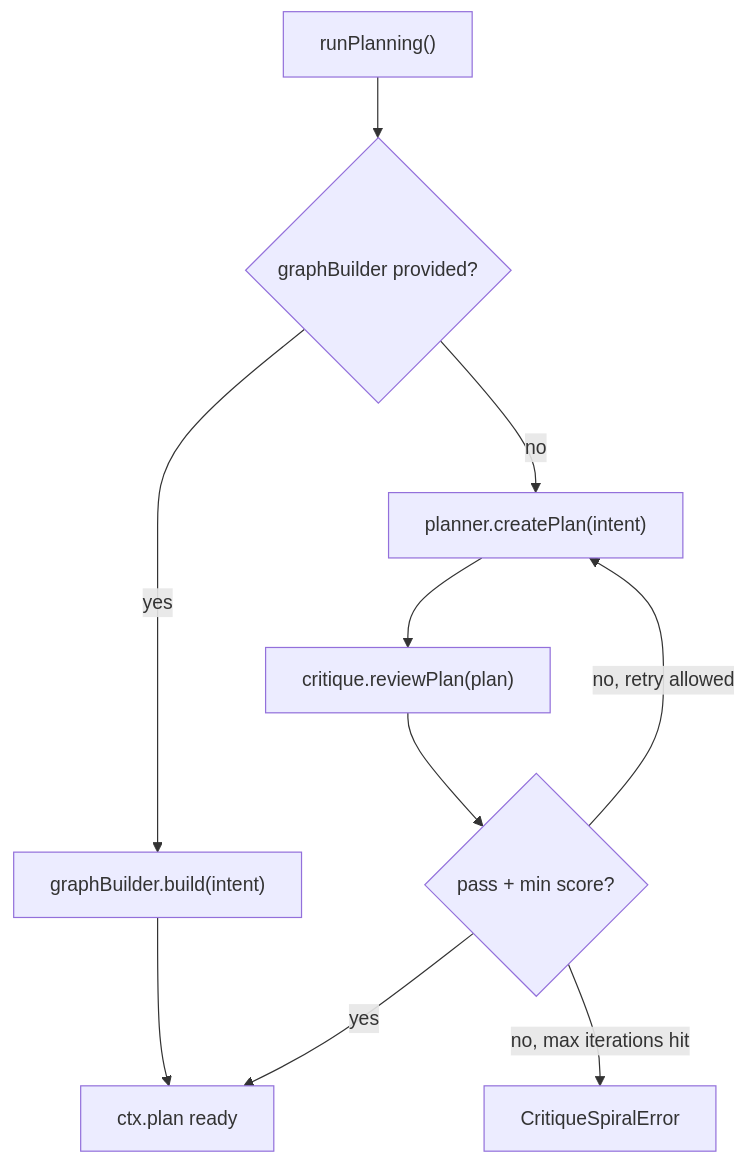
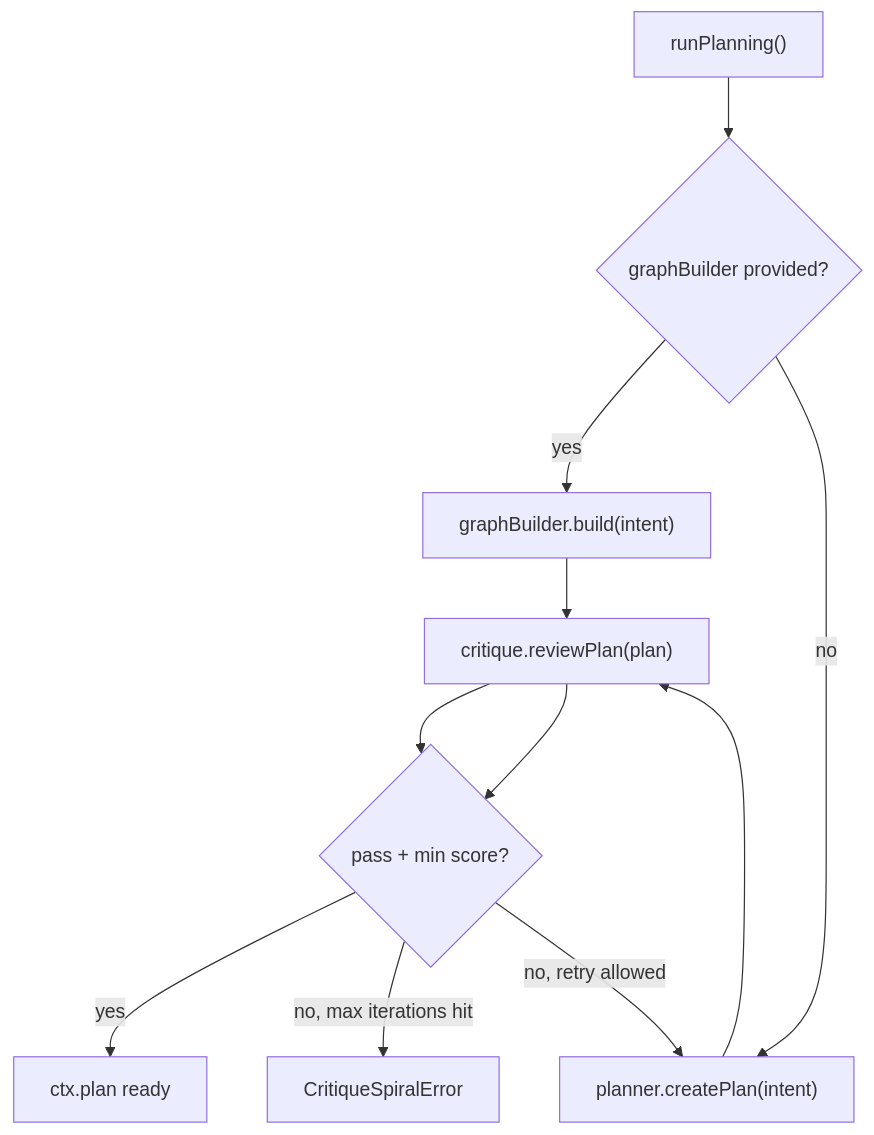
The third of 18 diagrams in docs/DATA_FLOW.md (djm204/frankenbeast), drawn with Mermaid before and after one commit. The commit also changed other lines of this file and 1 other file, not shown here.

Commit message:
docs: address Codex architecture doc findings

````diff
--- a/docs/DATA_FLOW.md
+++ b/docs/DATA_FLOW.md
@@ -136,18 +136,18 @@
 ```mermaid
 flowchart TD
     Start["runPlanning()"]
     GraphBuilder{"graphBuilder provided?"}
     GB["graphBuilder.build(intent)"]
     Planner["planner.createPlan(intent)"]
     Critique["critique.reviewPlan(plan)"]
     Approved{"pass + min score?"}
     Spiral["CritiqueSpiralError"]
     PlanReady["ctx.plan ready"]
 
     Start --> GraphBuilder
-    GraphBuilder -->|yes| GB --> PlanReady
+    GraphBuilder -->|yes| GB --> Critique --> Approved
     GraphBuilder -->|no| Planner --> Critique --> Approved
     Approved -->|yes| PlanReady
     Approved -->|no, max iterations hit| Spiral
     Approved -->|no, retry allowed| Planner
 ```
````
